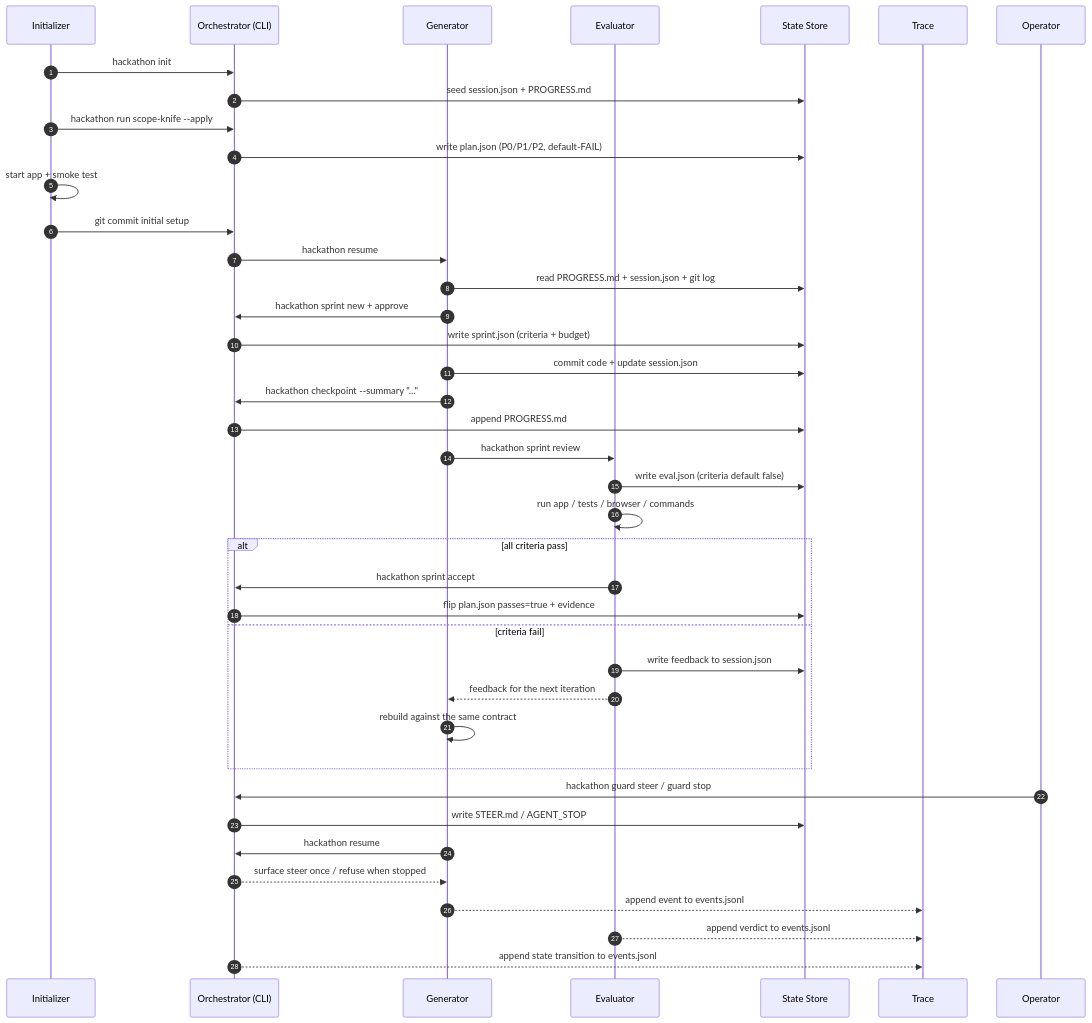
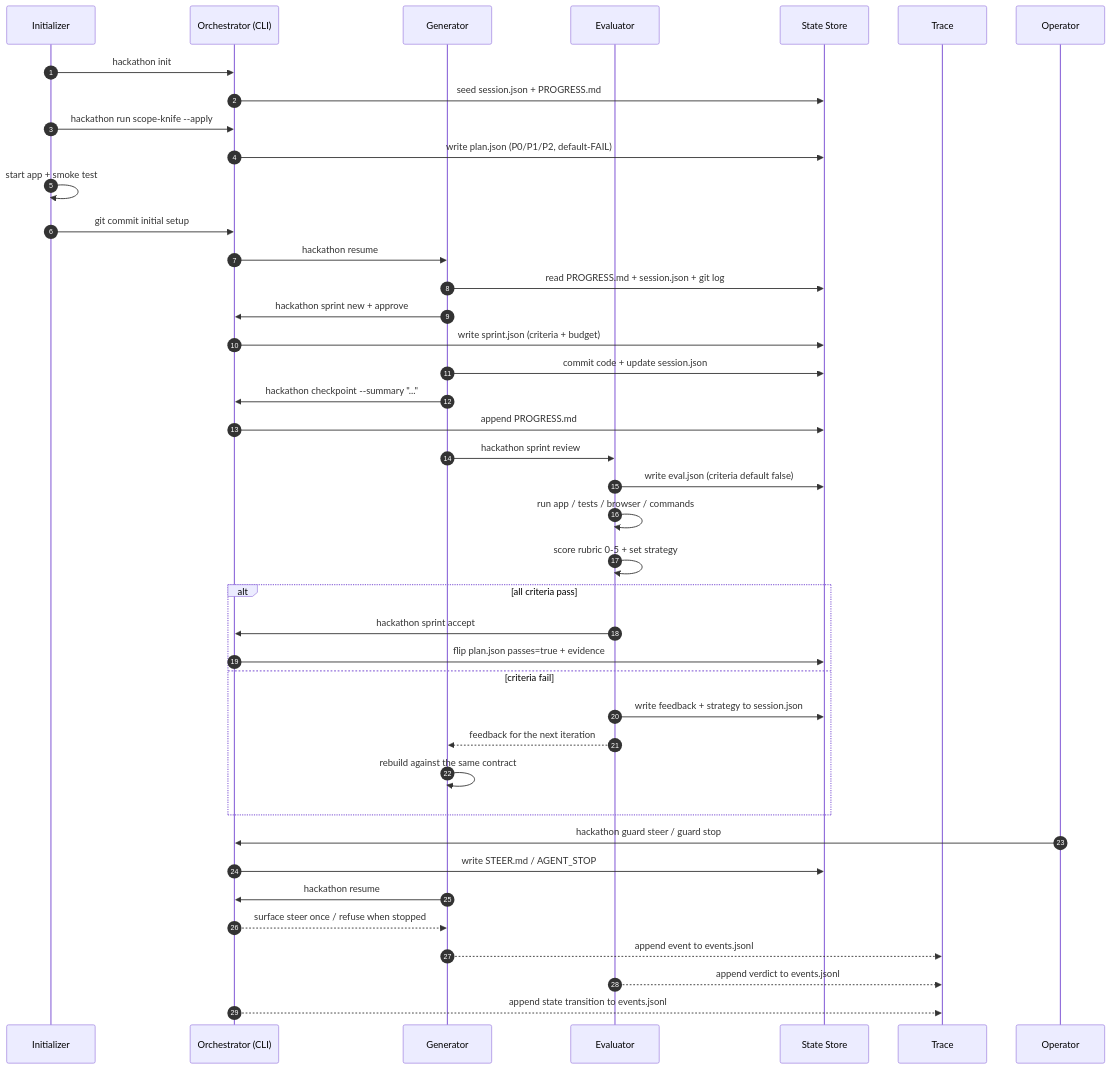
The fourth of 4 diagrams in README.md (MAGA2010/hackathon-run), drawn with Mermaid before and after one commit. The commit also changed other lines of this file and 19 other files, not shown here.

Commit message:
feat(harness): add rubric grading, strategy decisions, eval dashboard

````diff
--- a/README.md
+++ b/README.md
@@ -210,46 +211,47 @@
 ```mermaid
 sequenceDiagram
   autonumber
   participant I as Initializer
   participant O as Orchestrator (CLI)
   participant G as Generator
   participant E as Evaluator
   participant S as State Store
   participant T as Trace
   participant Op as Operator
 
   I->>O: hackathon init
   O->>S: seed session.json + PROGRESS.md
   I->>O: hackathon run scope-knife --apply
   O->>S: write plan.json (P0/P1/P2, default-FAIL)
   I->>I: start app + smoke test
   I->>O: git commit initial setup
   O->>G: hackathon resume
   G->>S: read PROGRESS.md + session.json + git log
   G->>O: hackathon sprint new + approve
   O->>S: write sprint.json (criteria + budget)
   G->>S: commit code + update session.json
   G->>O: hackathon checkpoint --summary "..."
   O->>S: append PROGRESS.md
   G->>E: hackathon sprint review
   E->>S: write eval.json (criteria default false)
   E->>E: run app / tests / browser / commands
+  E->>E: score rubric 0-5 + set strategy
 
   alt all criteria pass
     E->>O: hackathon sprint accept
     O->>S: flip plan.json passes=true + evidence
   else criteria fail
-    E->>S: write feedback to session.json
+    E->>S: write feedback + strategy to session.json
     E-->>G: feedback for the next iteration
     G->>G: rebuild against the same contract
   end
 
   Op->>O: hackathon guard steer / guard stop
   O->>S: write STEER.md / AGENT_STOP
   G->>O: hackathon resume
   O-->>G: surface steer once / refuse when stopped
 
   G-->>T: append event to events.jsonl
   E-->>T: append verdict to events.jsonl
   O-->>T: append state transition to events.jsonl
 ```
````
